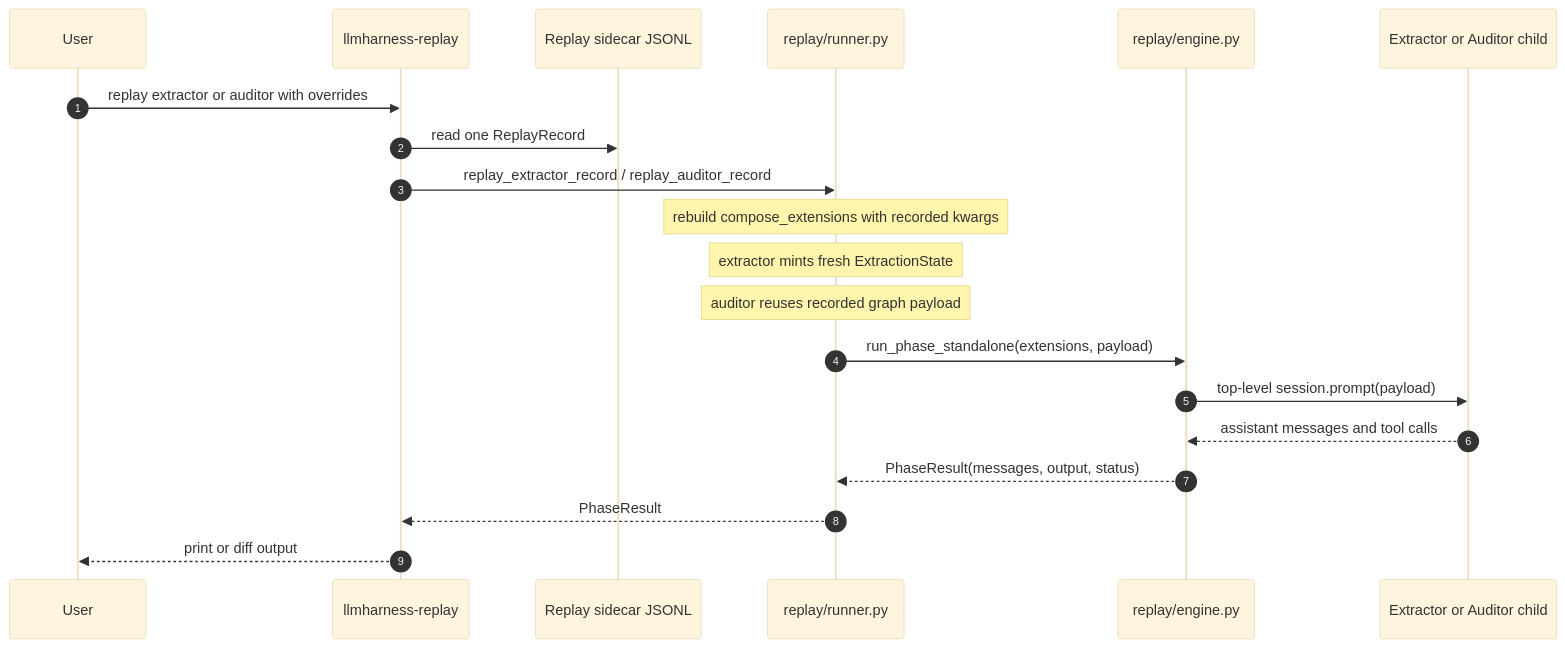
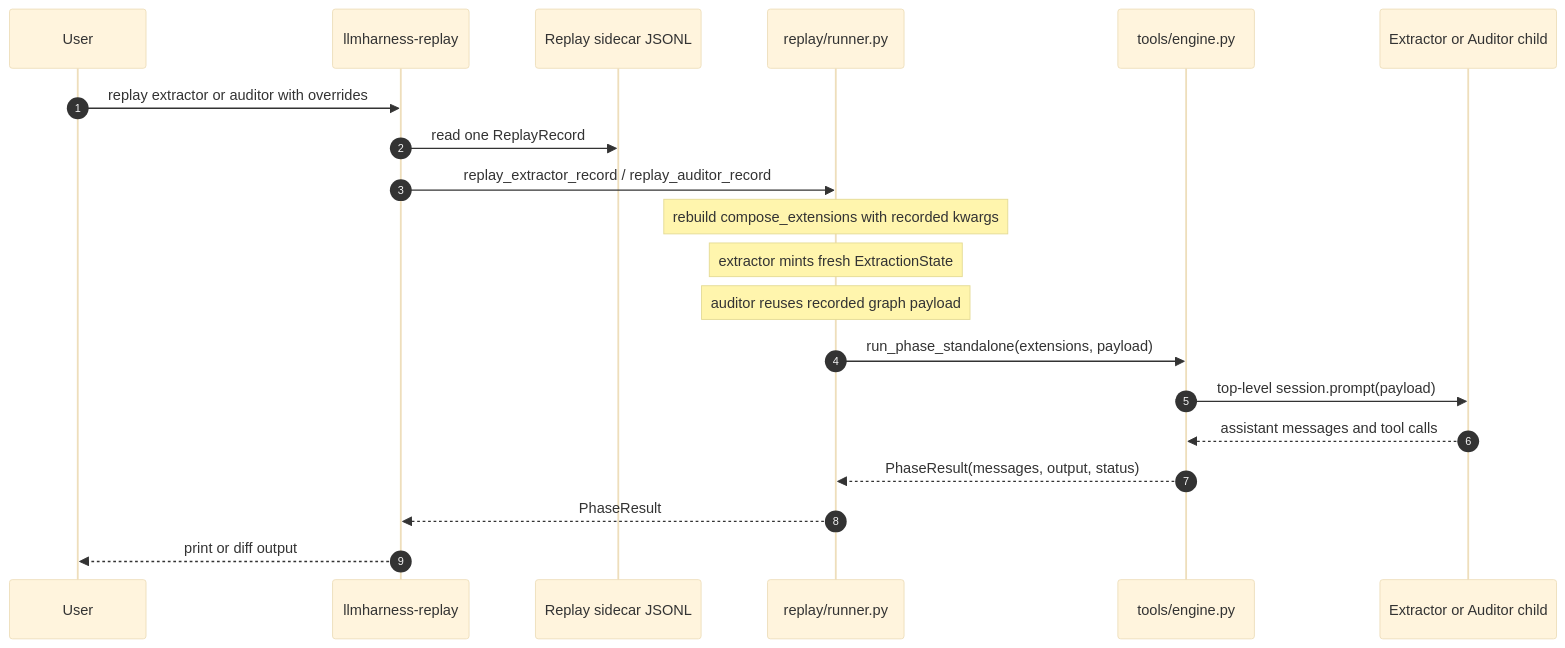
One commit to Lincyaw/AgentM changed the second of 3 diagrams in contrib/extensions/llmharness/README.md. Above: the diagram before and after it, drawn with Mermaid (base theme). The commit also changed other lines of this file and 3 other files, not shown here.

````diff
--- a/contrib/extensions/llmharness/README.md
+++ b/contrib/extensions/llmharness/README.md
@@ -119,23 +198,23 @@
 ```mermaid
 sequenceDiagram
     autonumber
     participant User
     participant CLI as llmharness-replay
     participant Sidecar as Replay sidecar JSONL
     participant Runner as replay/runner.py
-    participant Engine as replay/engine.py
+    participant Engine as tools/engine.py
     participant Child as Extractor or Auditor child
 
     User->>CLI: replay extractor or auditor with overrides
     CLI->>Sidecar: read one ReplayRecord
     CLI->>Runner: replay_extractor_record / replay_auditor_record
     Note over Runner: rebuild compose_extensions with recorded kwargs
     Note over Runner: extractor mints fresh ExtractionState
     Note over Runner: auditor reuses recorded graph payload
     Runner->>Engine: run_phase_standalone(extensions, payload)
     Engine->>Child: top-level session.prompt(payload)
     Child-->>Engine: assistant messages and tool calls
     Engine-->>Runner: PhaseResult(messages, output, status)
     Runner-->>CLI: PhaseResult
     CLI-->>User: print or diff output
 ```
````
